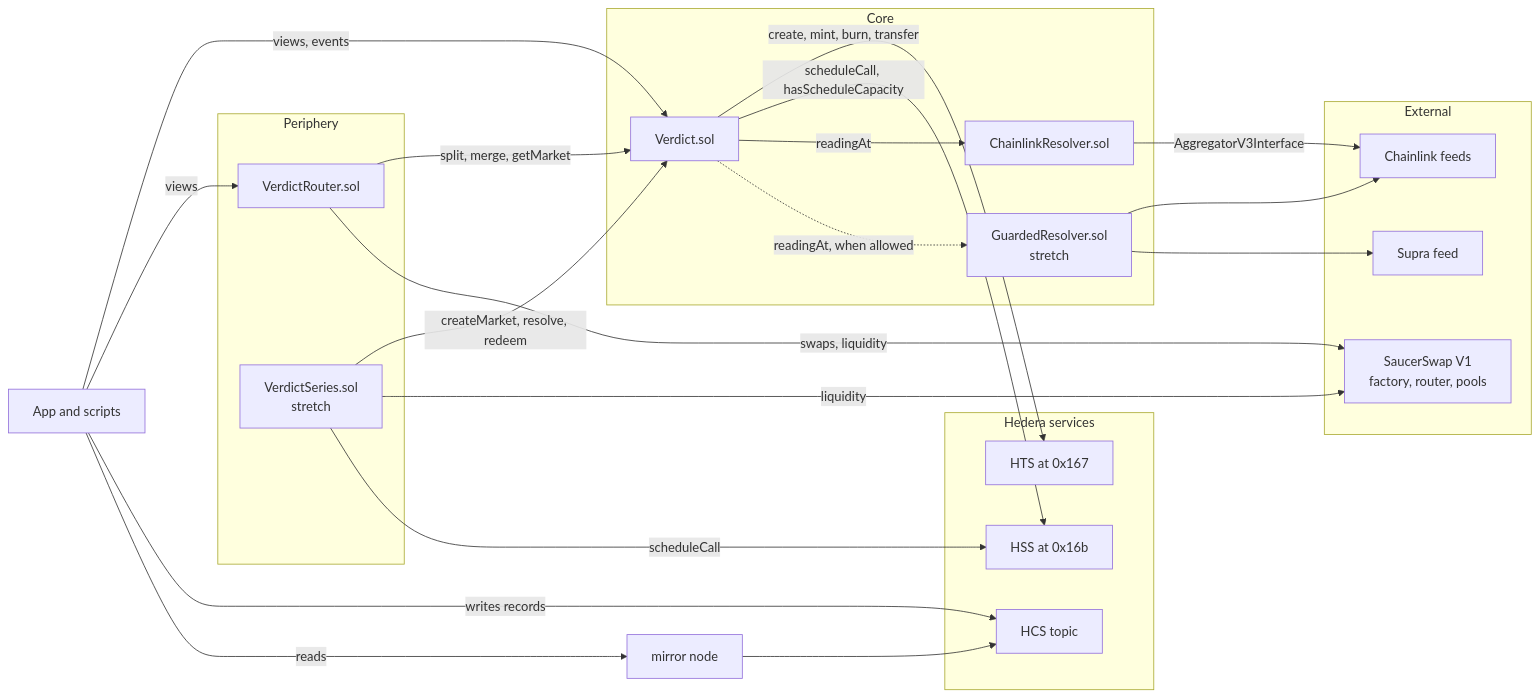
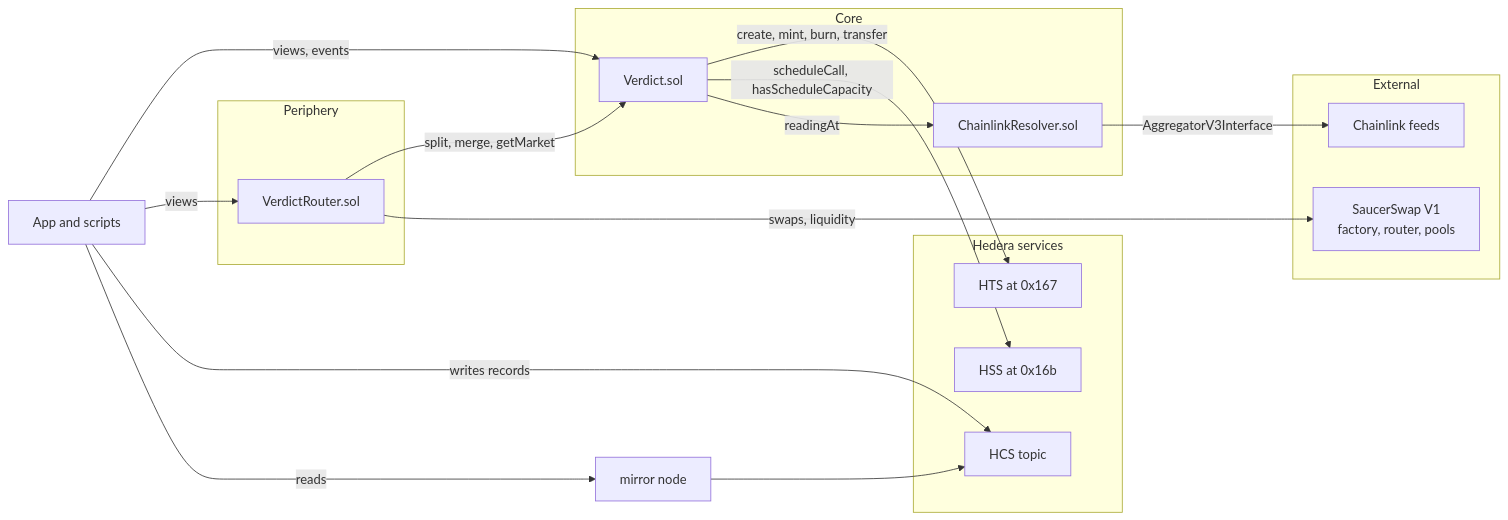
The first of 7 diagrams in docs/ARCHITECTURE.md (resistingdestiny/verdict), drawn with Mermaid before and after one commit. The commit also changed other lines of this file, not shown here.

Commit message:
Architecture: diagrams and tables show only the contracts that exist; the series and guarded resolver become a short not-built sketch; new units and relay section; terms explained at first use

````diff
--- a/docs/ARCHITECTURE.md
+++ b/docs/ARCHITECTURE.md
@@ -7,39 +9,30 @@
 ```mermaid
 flowchart LR
     subgraph Core
         V[Verdict.sol]
         CR[ChainlinkResolver.sol]
-        GR[GuardedResolver.sol<br/>stretch]
     end
     subgraph Periphery
         R[VerdictRouter.sol]
-        S[VerdictSeries.sol<br/>stretch]
     end
     subgraph Hedera services
         HTS[HTS at 0x167]
         HSS[HSS at 0x16b]
         HCS[HCS topic]
     end
     subgraph External
         CL[Chainlink feeds]
-        SP[Supra feed]
         SS[SaucerSwap V1<br/>factory, router, pools]
     end
     V -->|create, mint, burn, transfer| HTS
     V -->|scheduleCall, hasScheduleCapacity| HSS
     V -->|readingAt| CR
-    V -.->|readingAt, when allowed| GR
     CR -->|AggregatorV3Interface| CL
-    GR --> CL
-    GR --> SP
     R -->|split, merge, getMarket| V
     R -->|swaps, liquidity| SS
-    S -->|createMarket, resolve, redeem| V
-    S -->|liquidity| SS
-    S -->|scheduleCall| HSS
     App[App and scripts] -->|views, events| V
     App -->|views| R
     App -->|writes records| HCS
     App -->|reads| Mirror[mirror node]
     Mirror --> HCS
 ```
````
